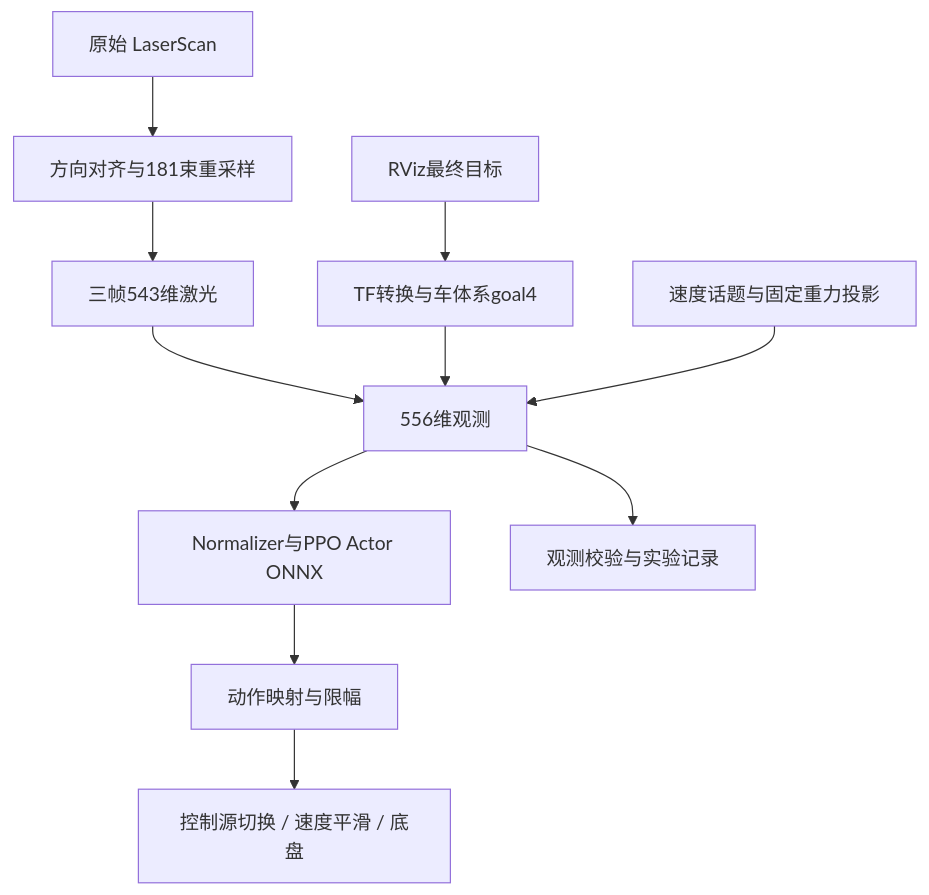
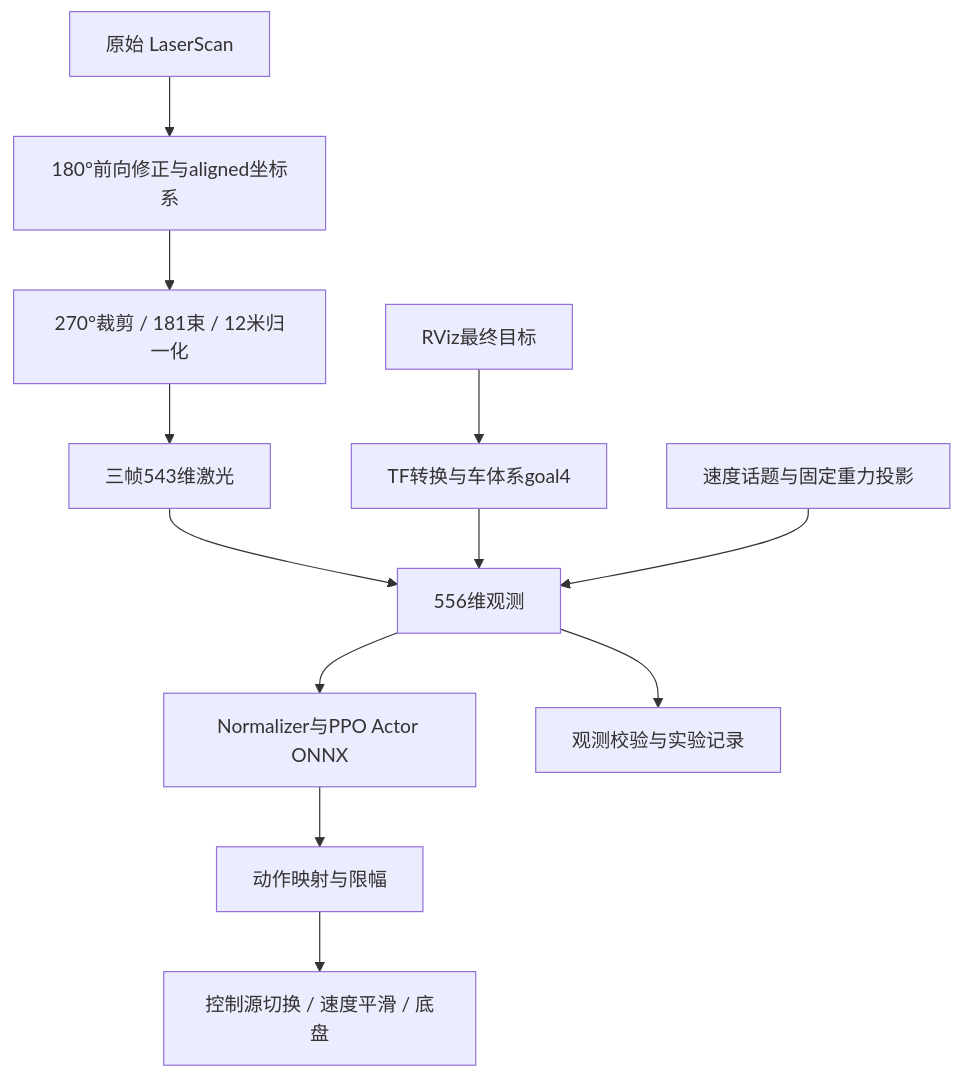
One commit to hugh82617/zeus-s2-rl-navigation changed the diagram in README.md. Above: the diagram before and after it, drawn with Mermaid. The commit also changed other lines of this file and 4 other files, not shown here.

````diff
--- a/README.md
+++ b/README.md
@@ -37,13 +37,14 @@
 ```mermaid
 flowchart TD
-    A[原始 LaserScan] --> B[方向对齐与181束重采样]
-    B --> C[三帧543维激光]
+    A[原始 LaserScan] --> B[180°前向修正与aligned坐标系]
+    B --> B2[270°裁剪 / 181束 / 12米归一化]
+    B2 --> C[三帧543维激光]
     D[RViz最终目标] --> E[TF转换与车体系goal4]
     C --> F[556维观测]
     E --> F
     G[速度话题与固定重力投影] --> F
     F --> H[Normalizer与PPO Actor ONNX]
     H --> I[动作映射与限幅]
     I --> J[控制源切换 / 速度平滑 / 底盘]
     F --> K[观测校验与实验记录]
 ```
````
